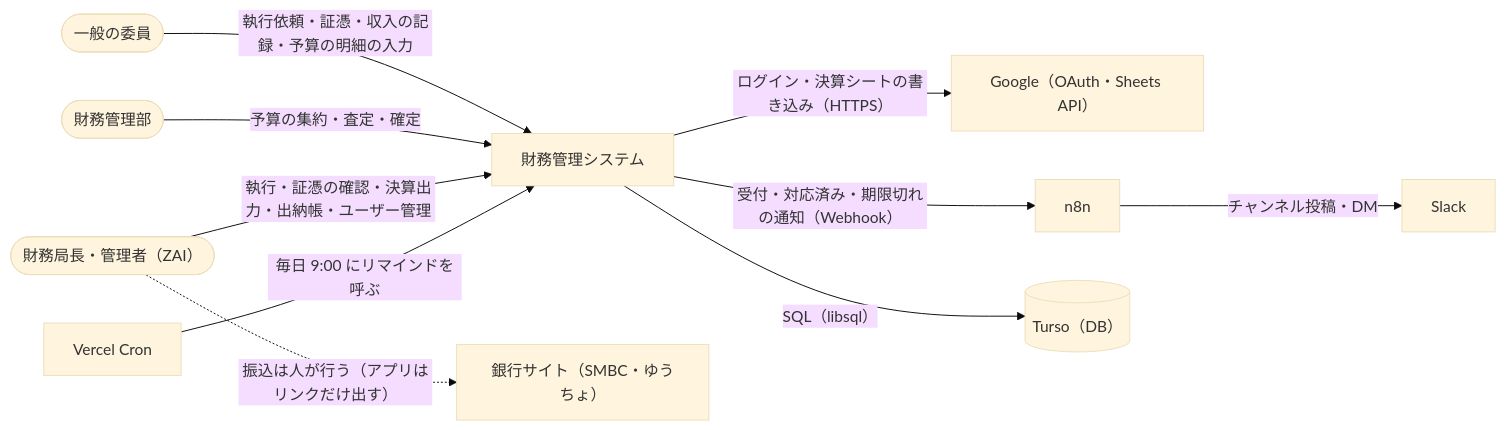
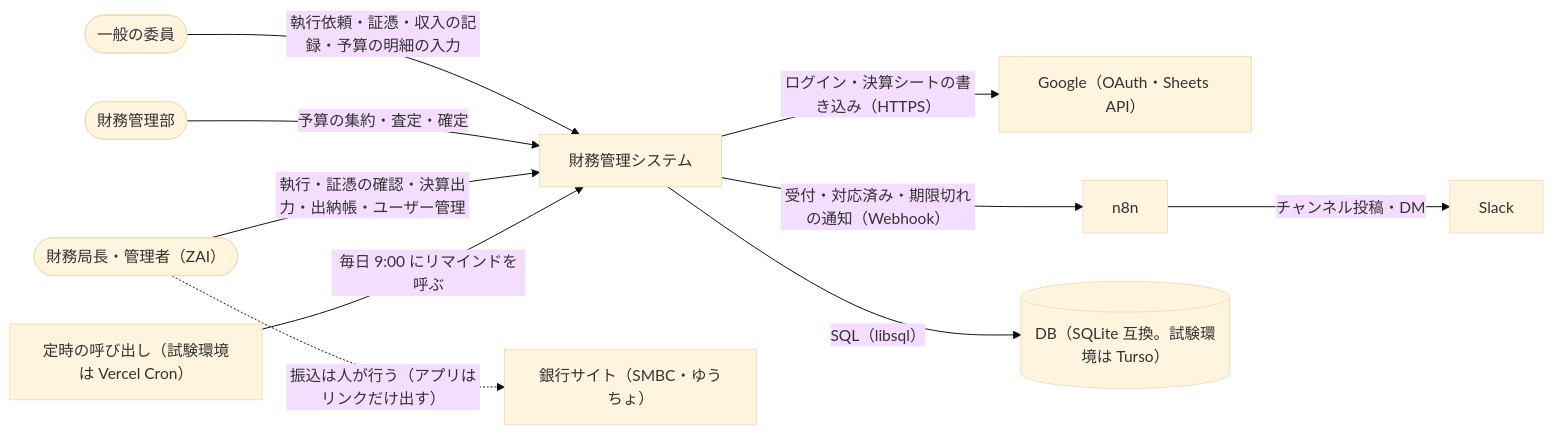
Before and after one commit to Kota-Ohira17/expenditure: the first of 9 diagrams in docs/仕様書.md, drawn with Mermaid (base theme). The commit also changed other lines of this file, not shown here.

````diff
--- a/docs/仕様書.md
+++ b/docs/仕様書.md
@@ -91,22 +94,22 @@
 ```mermaid
 flowchart LR
     member(["一般の委員"])
     officer(["財務管理部"])
     chief(["財務局長・管理者（ZAI）"])
     sys["財務管理システム"]
     google["Google（OAuth・Sheets API）"]
     n8n["n8n"]
     slack["Slack"]
-    turso[("Turso（DB）")]
-    cron["Vercel Cron"]
+    db[("DB（SQLite 互換。試験環境は Turso）")]
+    cron["定時の呼び出し（試験環境は Vercel Cron）"]
     bank["銀行サイト（SMBC・ゆうちょ）"]
     member -->|"執行依頼・証憑・収入の記録・予算の明細の入力"| sys
     officer -->|"予算の集約・査定・確定"| sys
     chief -->|"執行・証憑の確認・決算出力・出納帳・ユーザー管理"| sys
     sys -->|"ログイン・決算シートの書き込み（HTTPS）"| google
     sys -->|"受付・対応済み・期限切れの通知（Webhook）"| n8n
     n8n -->|"チャンネル投稿・DM"| slack
-    sys -->|"SQL（libsql）"| turso
+    sys -->|"SQL（libsql）"| db
     cron -->|"毎日 9:00 にリマインドを呼ぶ"| sys
     chief -.->|"振込は人が行う（アプリはリンクだけ出す）"| bank
 ```
````
